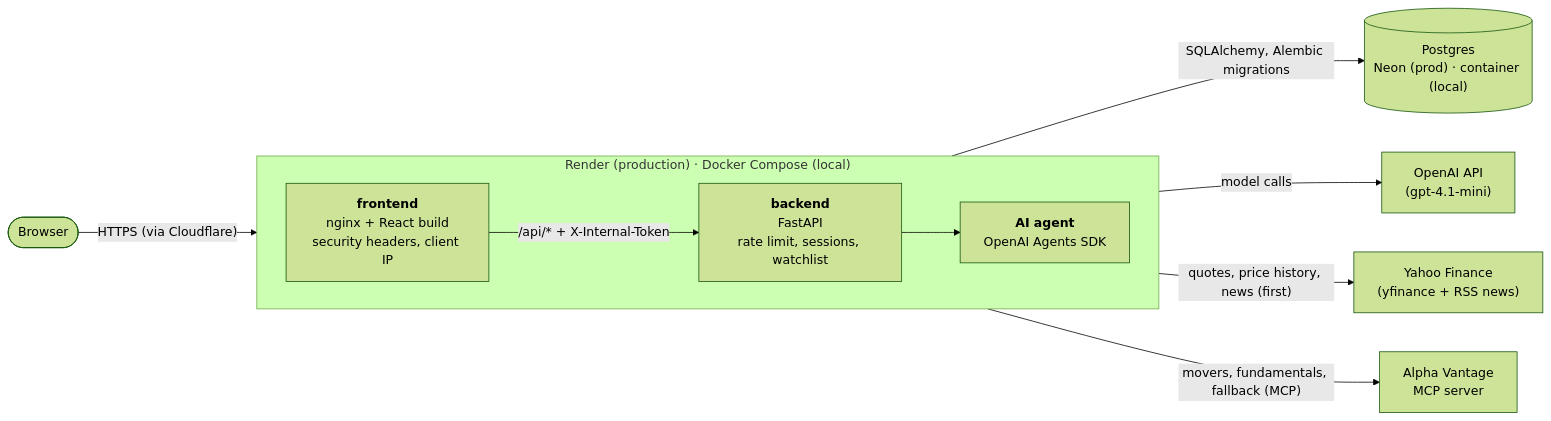
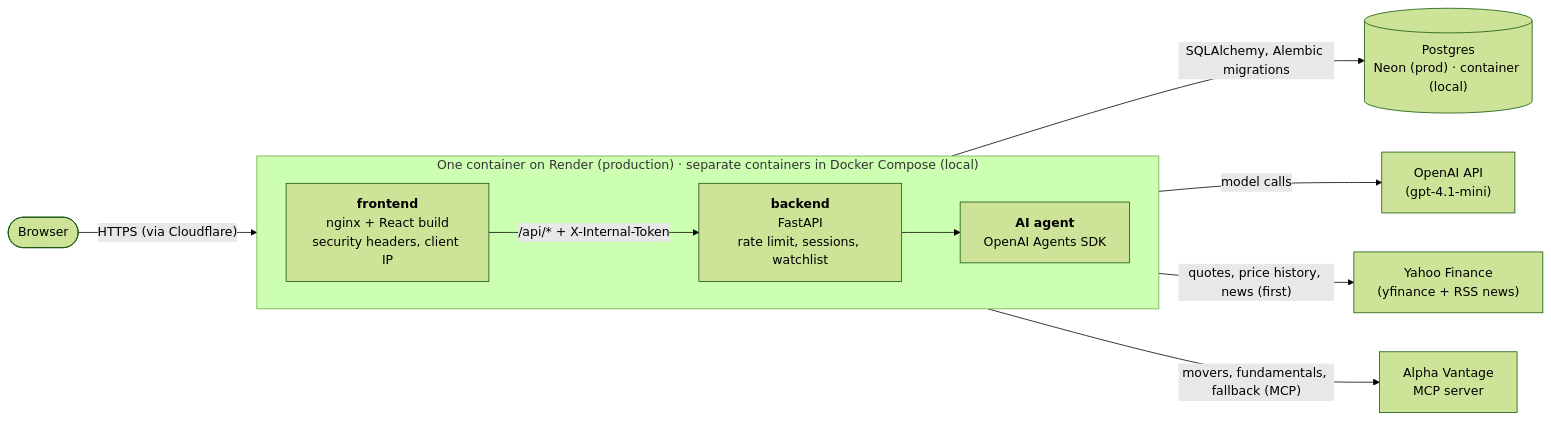
Before and after one commit to Crooked-Cat-Tail-Software/stock-assistant: the first of 2 diagrams in README.md, drawn with Mermaid (forest theme). The commit also changed other lines of this file and 13 other files, not shown here.

First line of the commit message:
Add single-service production image (nginx + API in one container)

````diff
--- a/README.md
+++ b/README.md
@@ -49,24 +49,24 @@
 ```mermaid
 flowchart LR
     user([Browser])
 
-    subgraph render["Render (production) · Docker Compose (local)"]
+    subgraph render["One container on Render (production) · separate containers in Docker Compose (local)"]
         direction LR
         web["<b>frontend</b><br/>nginx + React build<br/>security headers, client IP"]
         api["<b>backend</b><br/>FastAPI<br/>rate limit, sessions, watchlist"]
         agent["<b>AI agent</b><br/>OpenAI Agents SDK"]
     end
 
     db[("Postgres<br/>Neon (prod) · container (local)")]
     openai["OpenAI API<br/>(gpt-4.1-mini)"]
     yahoo["Yahoo Finance<br/>(yfinance + RSS news)"]
     mcp["Alpha Vantage<br/>MCP server"]
 
     user -- "HTTPS (via Cloudflare)" --> web
     web -- "/api/* + X-Internal-Token" --> api
     api --> agent
     api -- "SQLAlchemy, Alembic migrations" --> db
     agent -- "model calls" --> openai
     agent -- "quotes, price history, news (first)" --> yahoo
     agent -- "movers, fundamentals, fallback (MCP)" --> mcp
 ```
````
